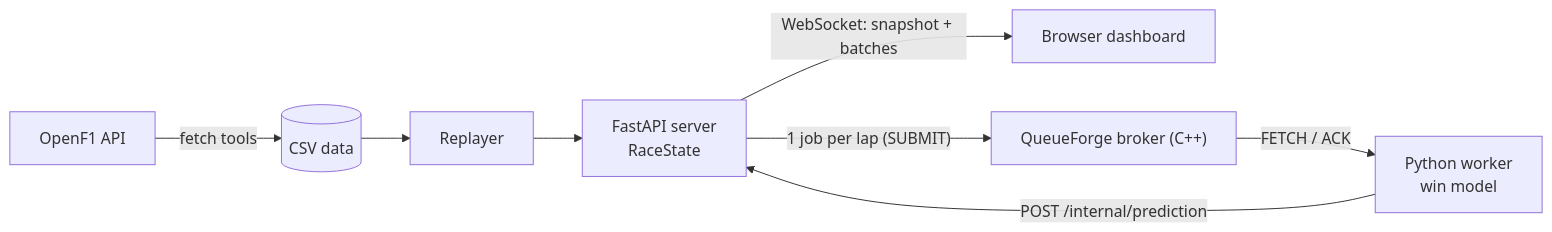
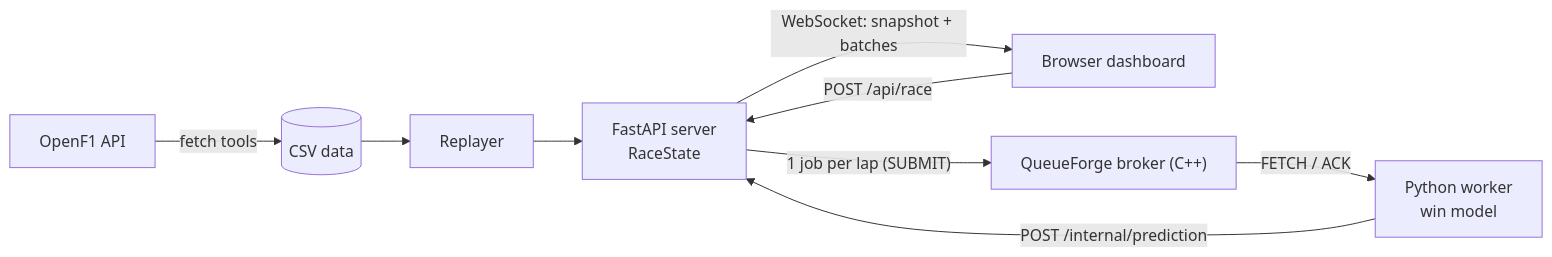
Before and after one commit to Milind2805/Pitwall: the diagram in README.md, drawn with Mermaid. The commit also changed other lines of this file, not shown here.

````diff
--- a/README.md
+++ b/README.md
@@ -18,9 +22,10 @@
 ```mermaid
 flowchart LR
   OF["OpenF1 API"] -->|fetch tools| D[("CSV data")]
   D --> R["Replayer"] --> S["FastAPI server<br/>RaceState"]
   S -->|"WebSocket: snapshot + batches"| B["Browser dashboard"]
+  B -->|"POST /api/race"| S
   S -->|"1 job per lap (SUBMIT)"| Q["QueueForge broker (C++)"]
   Q -->|FETCH / ACK| W["Python worker<br/>win model"]
   W -->|"POST /internal/prediction"| S
 ```
````
